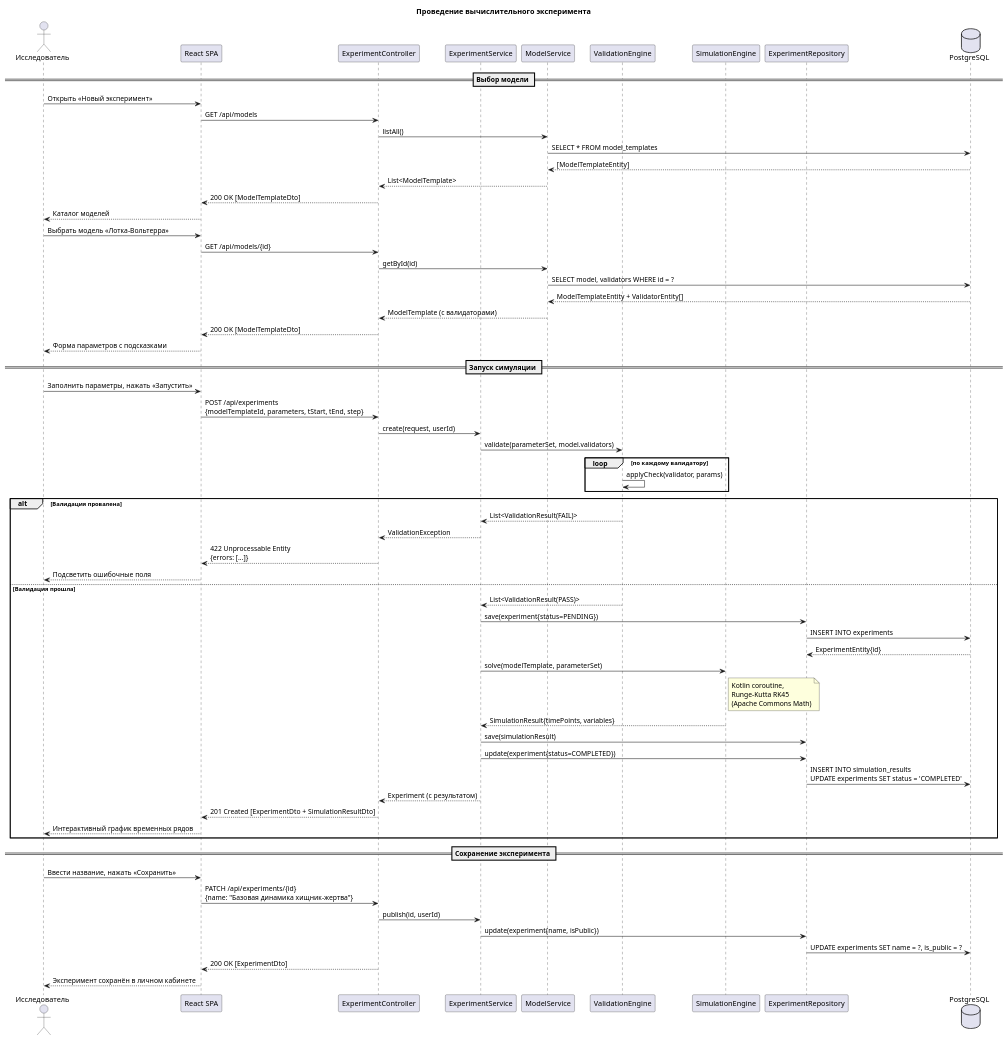
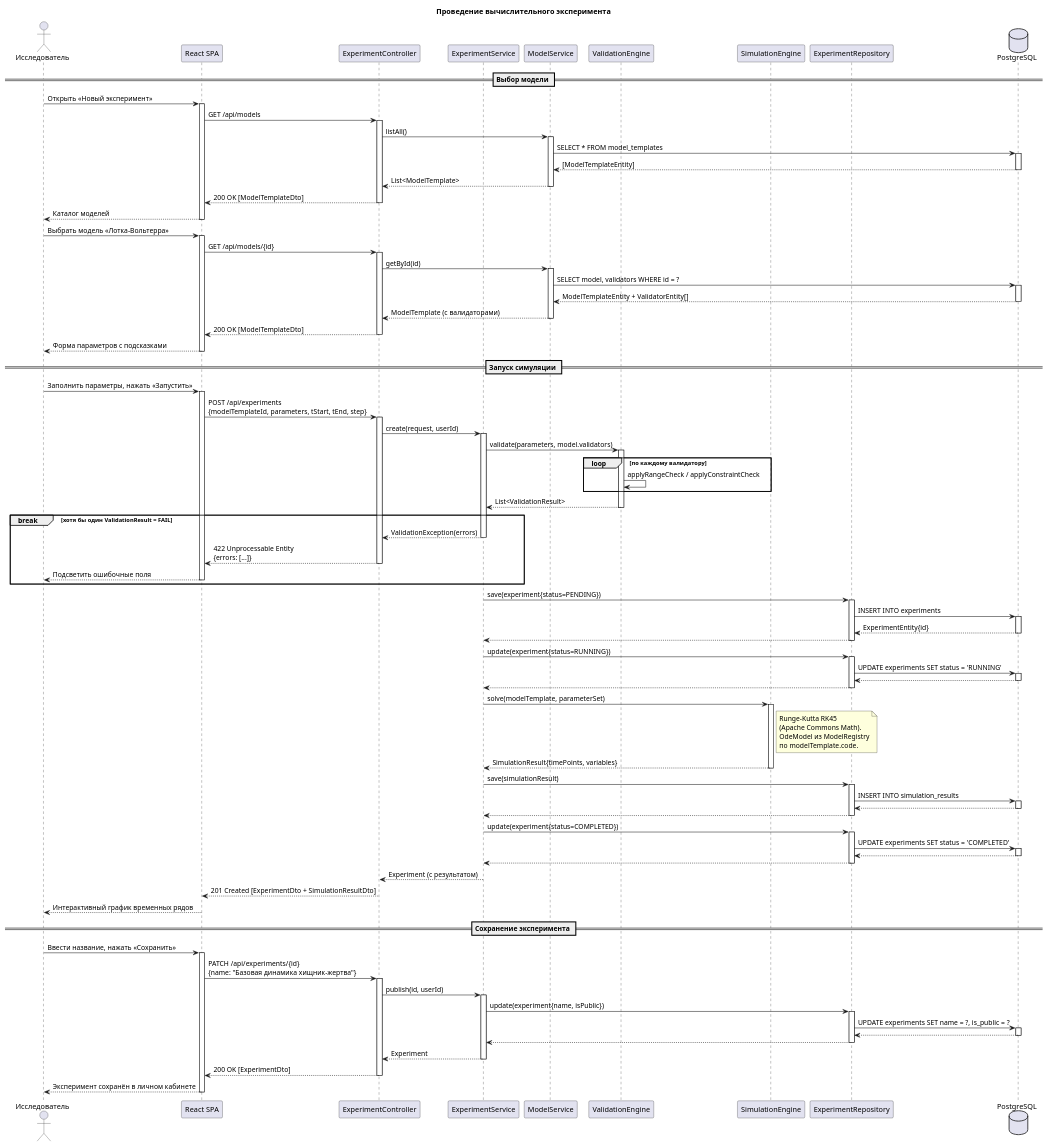
The diagram in diagrams/seq_experiment.puml (Nna2291/vargod), drawn with PlantUML before and after one commit. The commit also changed 5 other files, not shown here.

```diff
--- a/diagrams/seq_experiment.puml
+++ b/diagrams/seq_experiment.puml
@@ -1,81 +1,98 @@
 @startuml seq_experiment
 title Проведение вычислительного эксперимента
 
 actor "Исследователь" as User
 participant "React SPA" as SPA
 participant "ExperimentController" as Ctrl
 participant "ExperimentService" as Svc
 participant "ModelService" as ModelSvc
 participant "ValidationEngine" as VE
 participant "SimulationEngine" as SE
 participant "ExperimentRepository" as Repo
 database "PostgreSQL" as DB
 
 == Выбор модели ==
 
-User -> SPA : Открыть «Новый эксперимент»
-SPA -> Ctrl : GET /api/models
-Ctrl -> ModelSvc : listAll()
-ModelSvc -> DB : SELECT * FROM model_templates
-DB --> ModelSvc : [ModelTemplateEntity]
-ModelSvc --> Ctrl : List<ModelTemplate>
-Ctrl --> SPA : 200 OK [ModelTemplateDto]
-SPA --> User : Каталог моделей
+User -> SPA ++ : Открыть «Новый эксперимент»
+SPA -> Ctrl ++ : GET /api/models
+Ctrl -> ModelSvc ++ : listAll()
+ModelSvc -> DB ++ : SELECT * FROM model_templates
+DB --> ModelSvc -- : [ModelTemplateEntity]
+ModelSvc --> Ctrl -- : List<ModelTemplate>
+Ctrl --> SPA -- : 200 OK [ModelTemplateDto]
+SPA --> User -- : Каталог моделей
 
-User -> SPA : Выбрать модель «Лотка-Вольтерра»
-SPA -> Ctrl : GET /api/models/{id}
-Ctrl -> ModelSvc : getById(id)
-ModelSvc -> DB : SELECT model, validators WHERE id = ?
-DB --> ModelSvc : ModelTemplateEntity + ValidatorEntity[]
-ModelSvc --> Ctrl : ModelTemplate (с валидаторами)
-Ctrl --> SPA : 200 OK [ModelTemplateDto]
-SPA --> User : Форма параметров с подсказками
+User -> SPA ++ : Выбрать модель «Лотка-Вольтерра»
+SPA -> Ctrl ++ : GET /api/models/{id}
+Ctrl -> ModelSvc ++ : getById(id)
+ModelSvc -> DB ++ : SELECT model, validators WHERE id = ?
+DB --> ModelSvc -- : ModelTemplateEntity + ValidatorEntity[]
+ModelSvc --> Ctrl -- : ModelTemplate (с валидаторами)
+Ctrl --> SPA -- : 200 OK [ModelTemplateDto]
+SPA --> User -- : Форма параметров с подсказками
 
 == Запуск симуляции ==
 
-User -> SPA : Заполнить параметры, нажать «Запустить»
-SPA -> Ctrl : POST /api/experiments\n{modelTemplateId, parameters, tStart, tEnd, step}
-Ctrl -> Svc : create(request, userId)
+User -> SPA ++ : Заполнить параметры, нажать «Запустить»
+SPA -> Ctrl ++ : POST /api/experiments\n{modelTemplateId, parameters, tStart, tEnd, step}
+Ctrl -> Svc ++ : create(request, userId)
 
-Svc -> VE : validate(parameterSet, model.validators)
+Svc -> VE ++ : validate(parameters, model.validators)
 
 loop по каждому валидатору
-    VE -> VE : applyCheck(validator, params)
+    VE -> VE : applyRangeCheck / applyConstraintCheck
 end
 
-alt Валидация провалена
-    VE --> Svc : List<ValidationResult(FAIL)>
-    Svc --> Ctrl : ValidationException
+VE --> Svc -- : List<ValidationResult>
+
+break хотя бы один ValidationResult = FAIL
+    Svc --> Ctrl : ValidationException(errors)
+    deactivate Svc
     Ctrl --> SPA : 422 Unprocessable Entity\n{errors: [...]}
+    deactivate Ctrl
     SPA --> User : Подсветить ошибочные поля
-else Валидация прошла
-    VE --> Svc : List<ValidationResult(PASS)>
+    deactivate SPA
+end
 
-    Svc -> Repo : save(experiment{status=PENDING})
-    Repo -> DB : INSERT INTO experiments
-    DB --> Repo : ExperimentEntity{id}
+Svc -> Repo ++ : save(experiment{status=PENDING})
+Repo -> DB ++ : INSERT INTO experiments
+DB --> Repo -- : ExperimentEntity{id}
+Repo --> Svc -- :
 
-    Svc -> SE : solve(modelTemplate, parameterSet)
-    note right of SE : Kotlin coroutine,\nRunge-Kutta RK45\n(Apache Commons Math)
-    SE --> Svc : SimulationResult{timePoints, variables}
+Svc -> Repo ++ : update(experiment{status=RUNNING})
+Repo -> DB ++ : UPDATE experiments SET status = 'RUNNING'
+DB --> Repo --
+Repo --> Svc --
 
-    Svc -> Repo : save(simulationResult)
-    Svc -> Repo : update(experiment{status=COMPLETED})
-    Repo -> DB : INSERT INTO simulation_results\nUPDATE experiments SET status = 'COMPLETED'
+Svc -> SE ++ : solve(modelTemplate, parameterSet)
+note right of SE : Runge-Kutta RK45\n(Apache Commons Math).\nOdeModel из ModelRegistry\nпо modelTemplate.code.
+SE --> Svc -- : SimulationResult{timePoints, variables}
 
-    Svc --> Ctrl : Experiment (с результатом)
-    Ctrl --> SPA : 201 Created [ExperimentDto + SimulationResultDto]
-    SPA --> User : Интерактивный график временных рядов
-end
+Svc -> Repo ++ : save(simulationResult)
+Repo -> DB ++ : INSERT INTO simulation_results
+DB --> Repo --
+Repo --> Svc --
+
+Svc -> Repo ++ : update(experiment{status=COMPLETED})
+Repo -> DB ++ : UPDATE experiments SET status = 'COMPLETED'
+DB --> Repo --
+Repo --> Svc --
+
+Svc --> Ctrl -- : Experiment (с результатом)
+Ctrl --> SPA -- : 201 Created [ExperimentDto + SimulationResultDto]
+SPA --> User -- : Интерактивный график временных рядов
 
 == Сохранение эксперимента ==
 
-User -> SPA : Ввести название, нажать «Сохранить»
-SPA -> Ctrl : PATCH /api/experiments/{id}\n{name: "Базовая динамика хищник-жертва"}
-Ctrl -> Svc : publish(id, userId)
-Svc -> Repo : update(experiment{name, isPublic})
-Repo -> DB : UPDATE experiments SET name = ?, is_public = ?
-Ctrl --> SPA : 200 OK [ExperimentDto]
-SPA --> User : Эксперимент сохранён в личном кабинете
+User -> SPA ++ : Ввести название, нажать «Сохранить»
+SPA -> Ctrl ++ : PATCH /api/experiments/{id}\n{name: "Базовая динамика хищник-жертва"}
+Ctrl -> Svc ++ : publish(id, userId)
+Svc -> Repo ++ : update(experiment{name, isPublic})
+Repo -> DB ++ : UPDATE experiments SET name = ?, is_public = ?
+DB --> Repo --
+Repo --> Svc --
+Svc --> Ctrl -- : Experiment
+Ctrl --> SPA -- : 200 OK [ExperimentDto]
+SPA --> User -- : Эксперимент сохранён в личном кабинете
 
 @enduml
```
